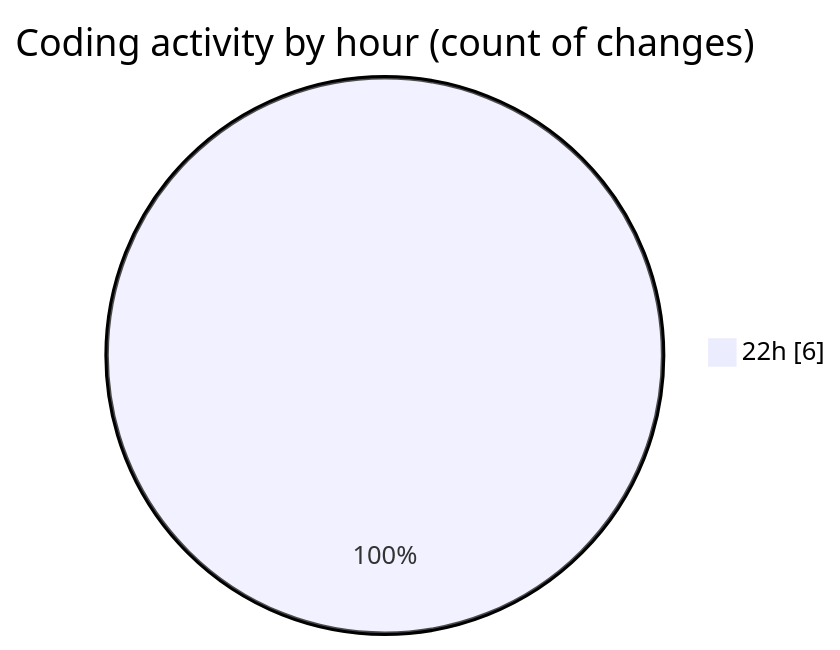
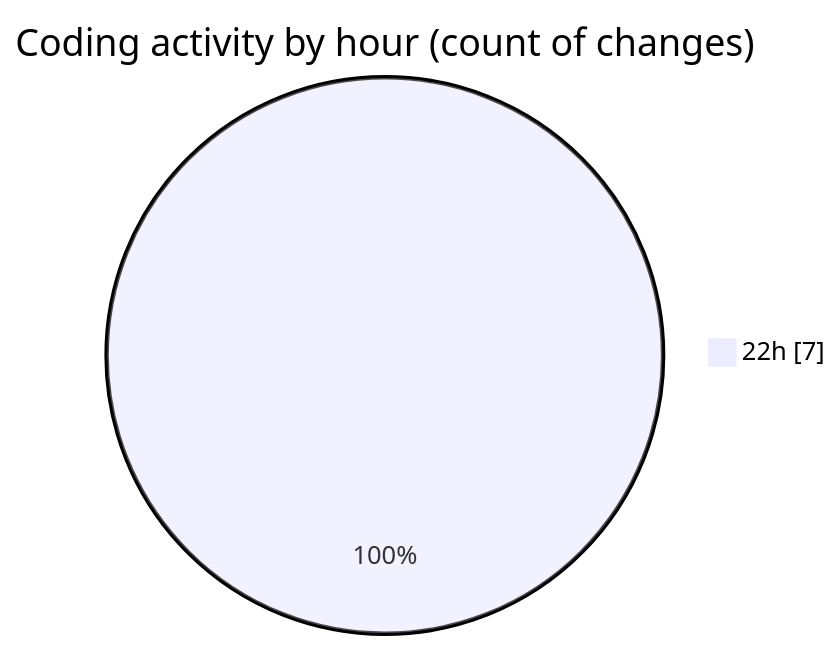
One commit to robertbonfada/code-tracking changed the second of 2 diagrams in 2025-03-04/frontend/README.md. Above: the diagram before and after it, drawn with Mermaid. The commit also changed other lines of this file and 1 other file, not shown here.

````diff
--- a/2025-03-04/frontend/README.md
+++ b/2025-03-04/frontend/README.md
@@ -30,5 +30,5 @@
 ```mermaid
 pie showData
 title Coding activity by hour (count of changes)
-"22h" : 6
+"22h" : 7
 ```
````
